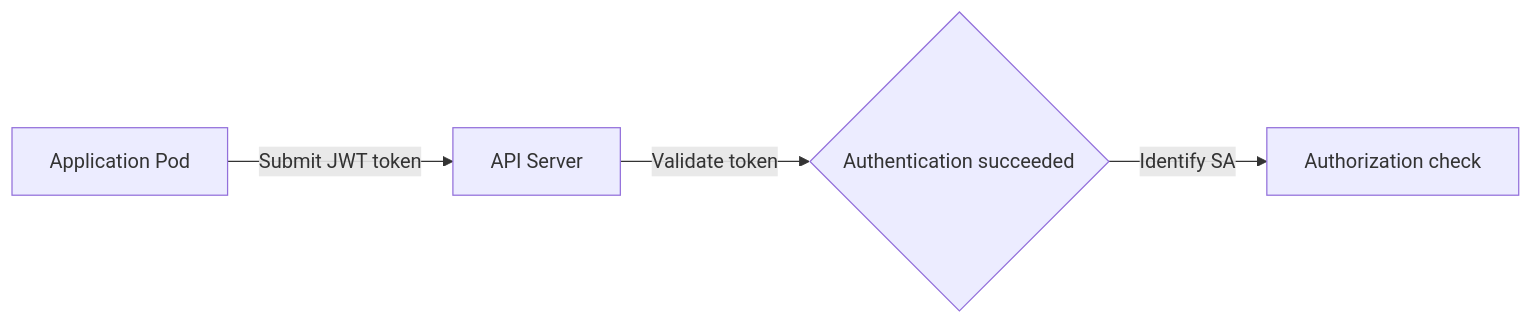
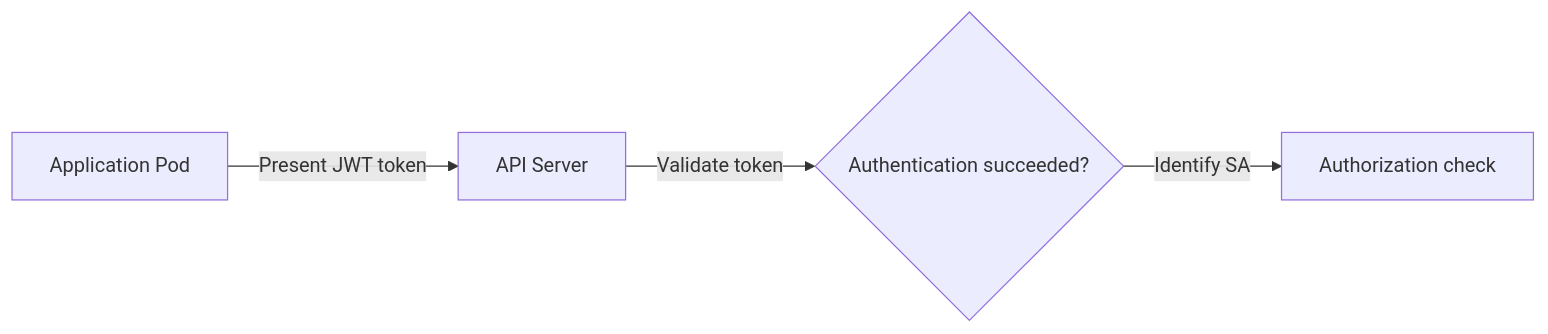
One commit to jeonck/k8s-adv changed the diagram in content/security/02-architecture/21-user-vs-serviceaccount.md. Above: the diagram before and after it, drawn with Mermaid. The commit also changed other lines of this file and 53 other files, not shown here.

````diff
--- a/content/security/02-architecture/21-user-vs-serviceaccount.md
+++ b/content/security/02-architecture/21-user-vs-serviceaccount.md
@@ -37,6 +37,6 @@
 ```mermaid
 flowchart LR
-    Pod[Application Pod] -- "Submit JWT token" --> APIServer[API Server]
-    APIServer -- "Validate token" --> AuthN{Authentication succeeded}
+    Pod[Application Pod] -- "Present JWT token" --> APIServer[API Server]
+    APIServer -- "Validate token" --> AuthN{Authentication succeeded?}
     AuthN -- "Identify SA" --> RBAC[Authorization check]
 ```
````
